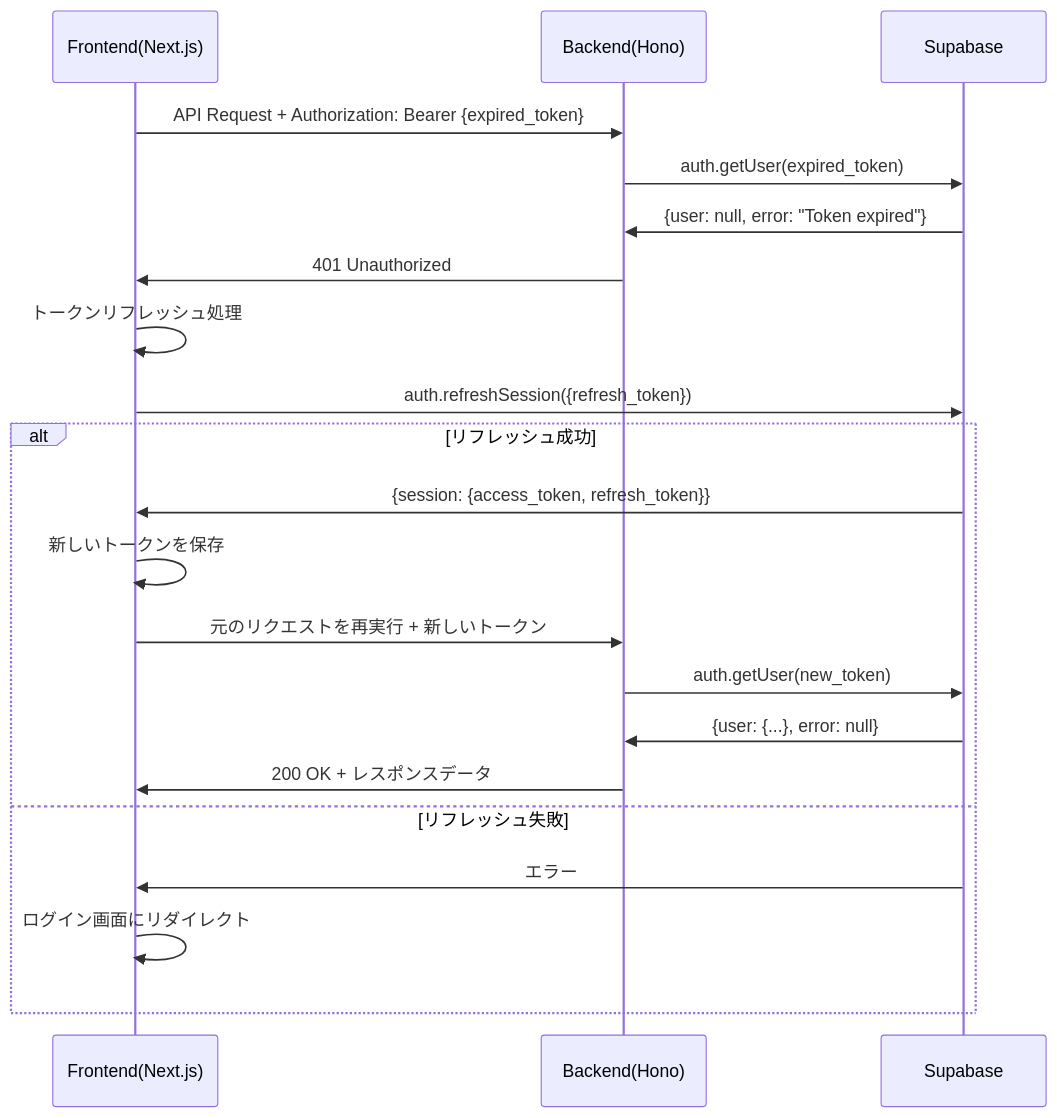
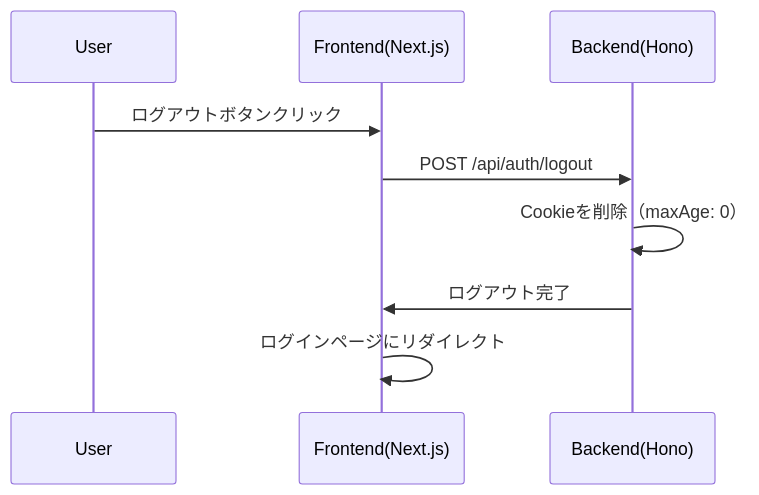
The fourth of 4 diagrams in docs/station3/doc.md (Takuya0202/foodsnap), drawn with Mermaid before and after one commit. The commit also changed other lines of this file and 1 other file, not shown here.

Commit message:
認証のシーケンス図作成

````diff
--- a/docs/station3/doc.md
+++ b/docs/station3/doc.md
@@ -123,26 +147,12 @@
 ```mermaid
 sequenceDiagram
+  participant U as User
   participant F as Frontend(Next.js)
   participant B as Backend(Hono)
-  participant S as Supabase
 
-  F->>B: API Request + Authorization: Bearer {expired_token}
-  B->>S: auth.getUser(expired_token)
-  S->>B: {user: null, error: "Token expired"}
-  B->>F: 401 Unauthorized
-  
-  F->>F: トークンリフレッシュ処理
-  F->>S: auth.refreshSession({refresh_token})
-  
-  alt リフレッシュ成功
-    S->>F: {session: {access_token, refresh_token}}
-    F->>F: 新しいトークンを保存
-    F->>B: 元のリクエストを再実行 + 新しいトークン
-    B->>S: auth.getUser(new_token)
-    S->>B: {user: {...}, error: null}
-    B->>F: 200 OK + レスポンスデータ
-  else リフレッシュ失敗
-    S->>F: エラー
-    F->>F: ログイン画面にリダイレクト
-  end
+  U->>F: ログアウトボタンクリック
+  F->>B: POST /api/auth/logout
+  B->>B: Cookieを削除（maxAge: 0）
+  B->>F: ログアウト完了
+  F->>F: ログインページにリダイレクト
 ```
````
